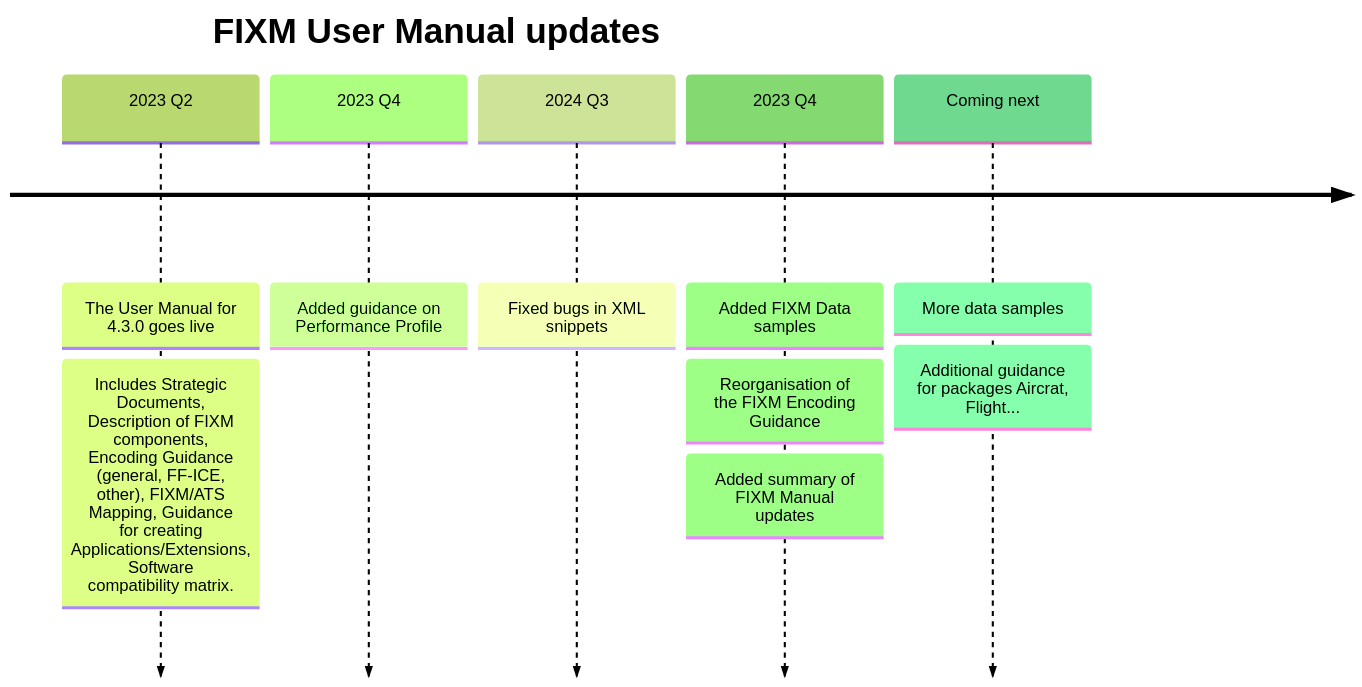
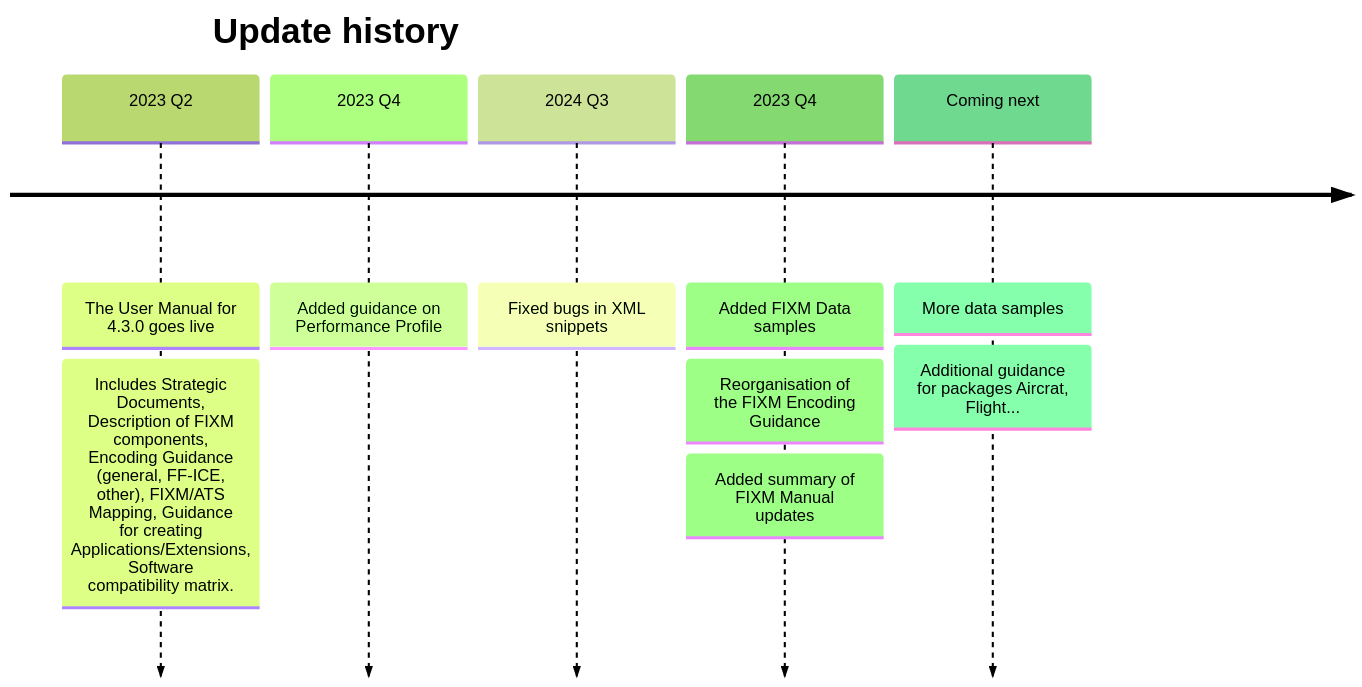
Before and after one commit to fixm-ccb/sandbox: the diagram in docs/topic3/test_fx_flight.md, drawn with Mermaid.

````diff
--- a/docs/topic3/test_fx_flight.md
+++ b/docs/topic3/test_fx_flight.md
@@ -4,14 +4,14 @@
 ```mermaid
 %%{init: { 'logLevel': 'debug', 'theme': 'forest' } }%%
 timeline
-  title FIXM User Manual updates 
+  title Update history
     2023 Q2 : The User Manual for 4.3.0 goes live
             : Includes Strategic Documents, Description of FIXM components, Encoding Guidance (general, FF-ICE, other), FIXM/ATS Mapping, Guidance for creating Applications/Extensions, Software compatibility matrix.
     2023 Q4 : Added guidance on Performance Profile
     2024 Q3 : Fixed bugs in XML snippets
     2023 Q4 : Added FIXM Data samples
             : Reorganisation of the FIXM Encoding Guidance
             : Added summary of FIXM Manual updates
     Coming next : More data samples
                 : Additional guidance for packages Aircrat, Flight...
 ```
````
